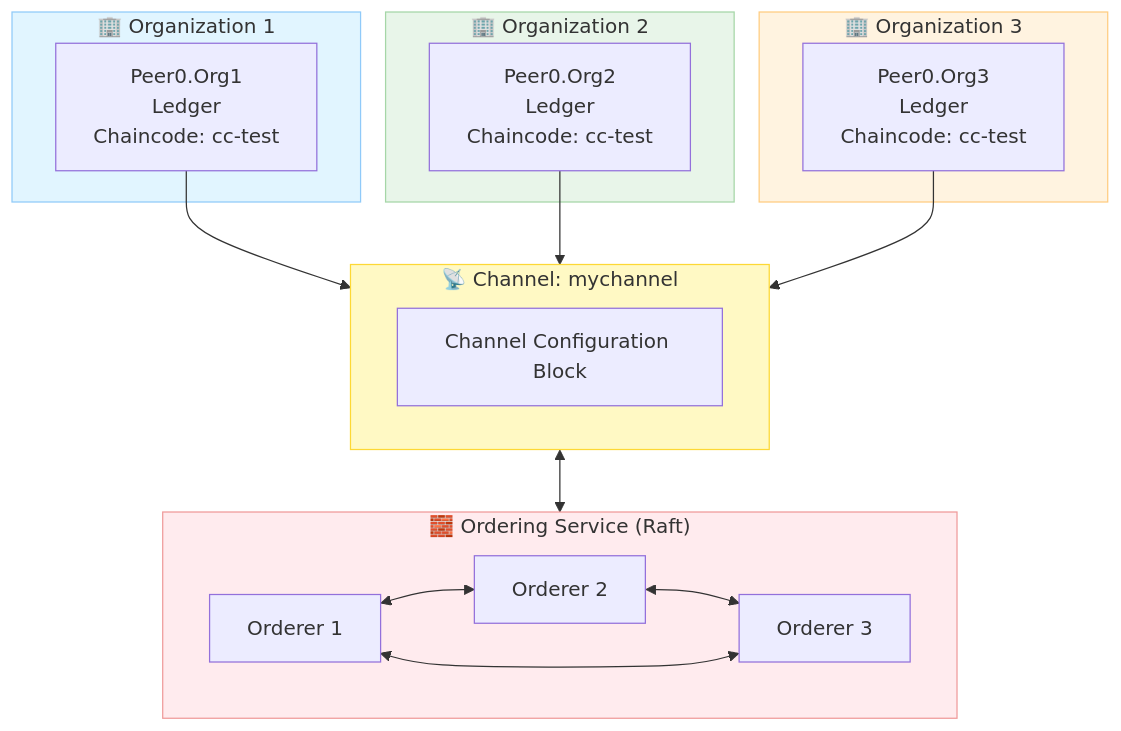
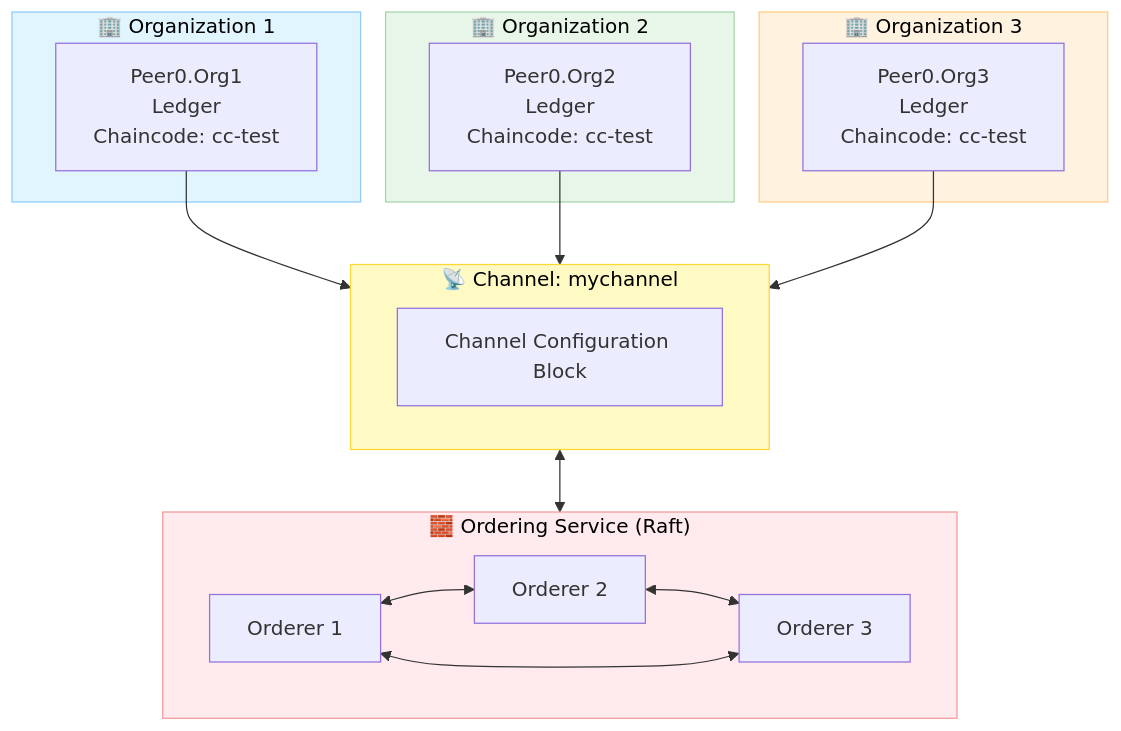
Before and after one commit to wamuumu/hlf-events: the diagram in NEW.md, drawn with Mermaid.

Commit message:
Changed color in mermaid graph

````diff
--- a/NEW.md
+++ b/NEW.md
@@ -216,44 +216,44 @@
 ```mermaid
 graph TB
     %% ============= ORGANIZATIONS =============
     subgraph Org1["🏢 Organization 1"]
         P1[Peer0.Org1<br/>Ledger<br/>Chaincode: cc-test]
     end
 
     subgraph Org2["🏢 Organization 2"]
         P2[Peer0.Org2<br/>Ledger<br/>Chaincode: cc-test]
     end
 
     subgraph Org3["🏢 Organization 3"]
         P3[Peer0.Org3<br/>Ledger<br/>Chaincode: cc-test]
     end
 
     %% ============= CHANNEL =============
     subgraph Channel["📡 Channel: mychannel"]
         CH[Channel Configuration Block]
     end
 
     %% ============= ORDERING SERVICE =============
     subgraph Ordering["🧱 Ordering Service (Raft)"]
         O1[Orderer 1]
         O2[Orderer 2]
         O3[Orderer 3]
 
         O1 <--> O2
         O2 <--> O3
         O3 <--> O1
     end
 
     %% ============= CONNECTIONS =============
     P1 --> Channel
     P2 --> Channel
     P3 --> Channel
     Channel <--> Ordering
 
     %% ============= STYLING =============
-    style Org1 fill:#e1f5ff,stroke:#90caf9,stroke-width:1px
-    style Org2 fill:#e8f5e9,stroke:#a5d6a7,stroke-width:1px
-    style Org3 fill:#fff3e0,stroke:#ffcc80,stroke-width:1px
-    style Channel fill:#fff9c4,stroke:#fdd835,stroke-width:1px
-    style Ordering fill:#ffebee,stroke:#ef9a9a,stroke-width:1px
+    style Org1 fill:#e1f5ff,stroke:#90caf9,stroke-width:1px,color:black
+    style Org2 fill:#e8f5e9,stroke:#a5d6a7,stroke-width:1px,color:black
+    style Org3 fill:#fff3e0,stroke:#ffcc80,stroke-width:1px,color:black
+    style Channel fill:#fff9c4,stroke:#fdd835,stroke-width:1px,color:black
+    style Ordering fill:#ffebee,stroke:#ef9a9a,stroke-width:1px,color:black
 ```
````
